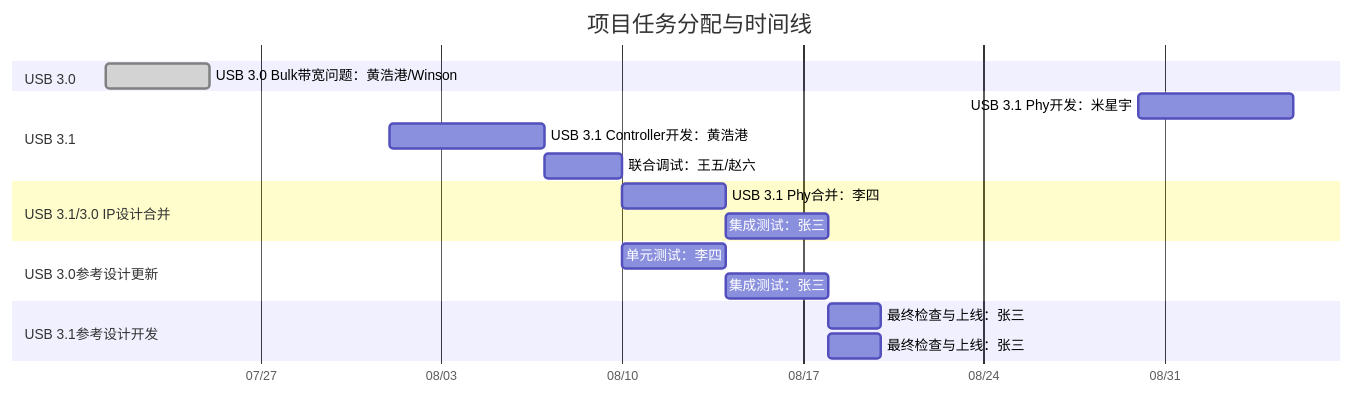
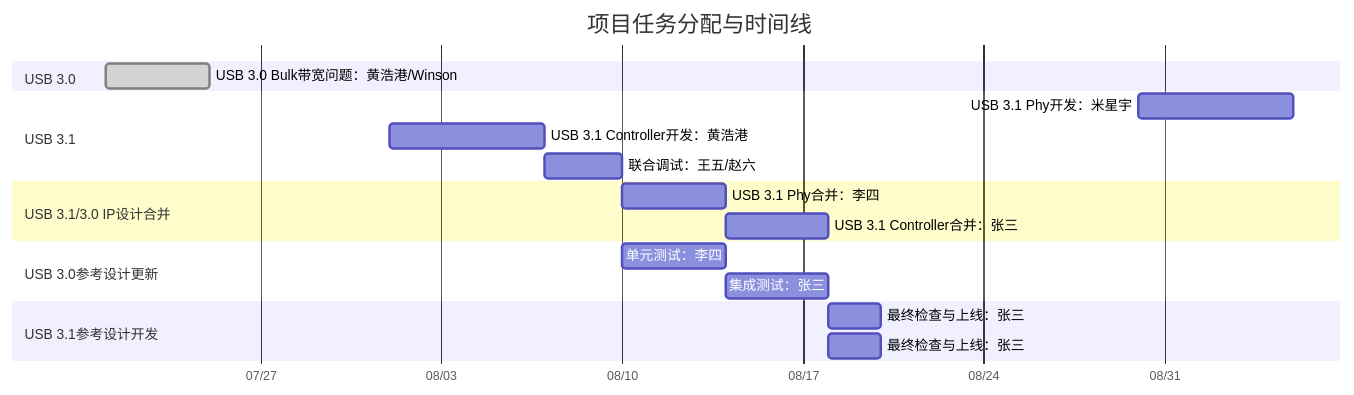
One commit to winsonbook/iodraw-files changed the diagram in all/未命名.md. Above: the diagram before and after it, drawn with Mermaid.

Commit message:
2025-07-21 09:51:10 update

````diff
--- a/all/未命名.md
+++ b/all/未命名.md
@@ -1,29 +1,29 @@
 ```mermaid
 gantt
     title 项目任务分配与时间线
     dateFormat  YYYY-MM-DD
     axisFormat  %m/%d
 
     section USB 3.0
     USB 3.0 Bulk带宽问题：黄浩港/Winson   :done,    task1, 2025-07-21, 4d
 
     section USB 3.1
     USB 3.1 Phy开发：米星宇      :         task3, 2025-08-30, 6d
     USB 3.1 Controller开发：黄浩港      :  task4, 2025-08-01, 6d
     联合调试：王五/赵六  :         task5, 2025-08-07, 3d
 
     section USB 3.1/3.0 IP设计合并
     USB 3.1 Phy合并：李四       :         task6, 2025-08-10, 4d
-    集成测试：张三       :         task7, 2025-08-14, 4d
+    USB 3.1 Controller合并：张三       :         task7, 2025-08-14, 4d
 
     section USB 3.0参考设计更新
     单元测试：李四       :         task6, 2025-08-10, 4d
     集成测试：张三       :         task7, 2025-08-14, 4d
 
     section USB 3.1参考设计开发
     最终检查与上线：张三 :         task8, 2025-08-18, 2d
 
     section USB 3.1参考设计开发
     最终检查与上线：张三 :         task8, 2025-08-18, 2d
 
 ```
````
